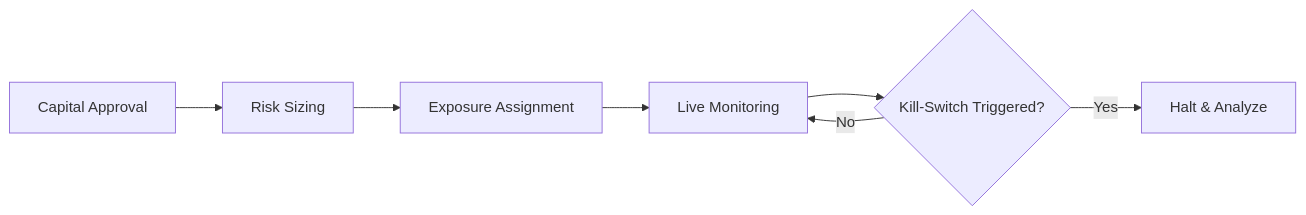
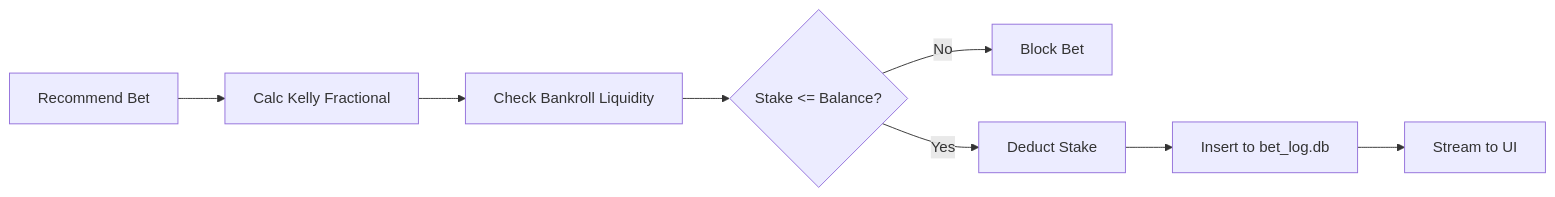
The third of 3 diagrams in README.md (UnderratedGignac/DeepFieldPro), drawn with Mermaid before and after one commit. The commit also changed other lines of this file, not shown here.

Commit message:
docs: Comprehensive documentation update covering new prop markets, strict bankroll limits, live inference loop and SQLite architecture

````diff
--- a/README.md
+++ b/README.md
@@ -301,9 +293,10 @@
 ```mermaid
 graph LR
-    A[Capital Approval] --> B[Risk Sizing]
-    B --> C[Exposure Assignment]
-    C --> D[Live Monitoring]
-    D --> E{Kill-Switch Triggered?}
-    E -->|No| D
-    E -->|Yes| F[Halt & Analyze]
+    A[Recommend Bet] --> B[Calc Kelly Fractional]
+    B --> C[Check Bankroll Liquidity]
+    C --> D{Stake <= Balance?}
+    D -->|No| E[Block Bet]
+    D -->|Yes| F[Deduct Stake]
+    F --> G[Insert to bet_log.db]
+    G --> H[Stream to UI]
 ```
````
